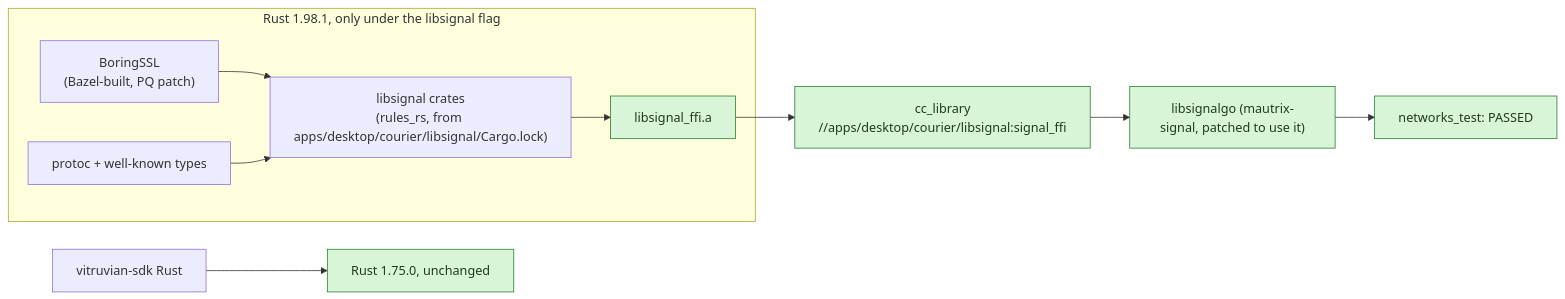
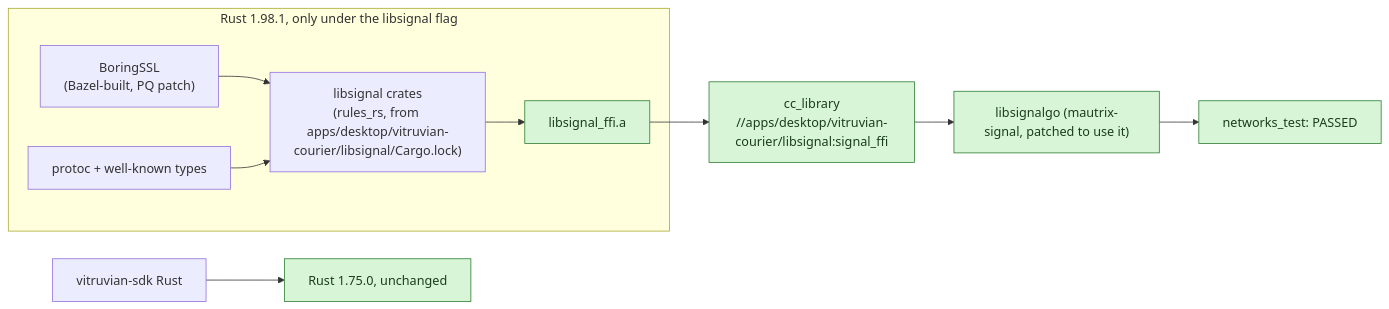
Before and after one commit to VitruvianSoftware/vitruvian-core: the diagram in apps/desktop/vitruvian-courier/engine/docs/m2-libsignal.md, drawn with Mermaid. The commit also changed other lines of this file and 389 other files, not shown here.

Commit message:
refactor(vitruvian-courier): rename Courier to Vitruvian Courier

````diff
--- a/apps/desktop/vitruvian-courier/engine/docs/m2-libsignal.md
+++ b/apps/desktop/vitruvian-courier/engine/docs/m2-libsignal.md
@@ -28,19 +28,19 @@
 ```mermaid
 flowchart LR
     subgraph rust ["Rust 1.98.1, only under the libsignal flag"]
-        crates["libsignal crates<br/>(rules_rs, from apps/desktop/courier/libsignal/Cargo.lock)"]
+        crates["libsignal crates<br/>(rules_rs, from apps/desktop/vitruvian-courier/libsignal/Cargo.lock)"]
         bssl["BoringSSL<br/>(Bazel-built, PQ patch)"]
         protoc["protoc + well-known types"]
         lib["libsignal_ffi.a"]
         bssl --> crates
         protoc --> crates
         crates --> lib
     end
-    lib --> cc["cc_library<br/>//apps/desktop/courier/libsignal:signal_ffi"]
+    lib --> cc["cc_library<br/>//apps/desktop/vitruvian-courier/libsignal:signal_ffi"]
     cc --> go["libsignalgo (mautrix-signal, patched to use it)"]
     go --> test["networks_test: PASSED"]
     sdk["vitruvian-sdk Rust"] --> r175["Rust 1.75.0, unchanged"]
 
     classDef ok fill:#d8f5d8,stroke:#2e7d32,color:#1b3d1b
     class lib,cc,go,test,r175 ok
 ```
````
